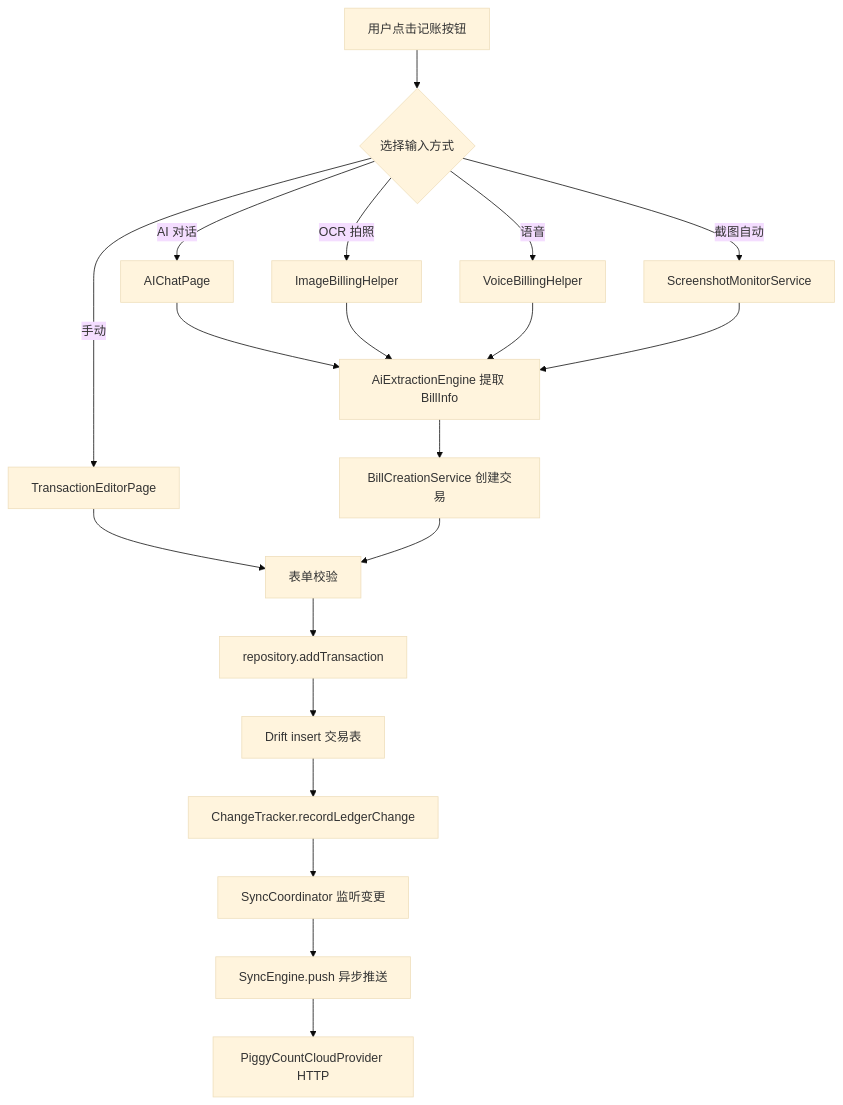
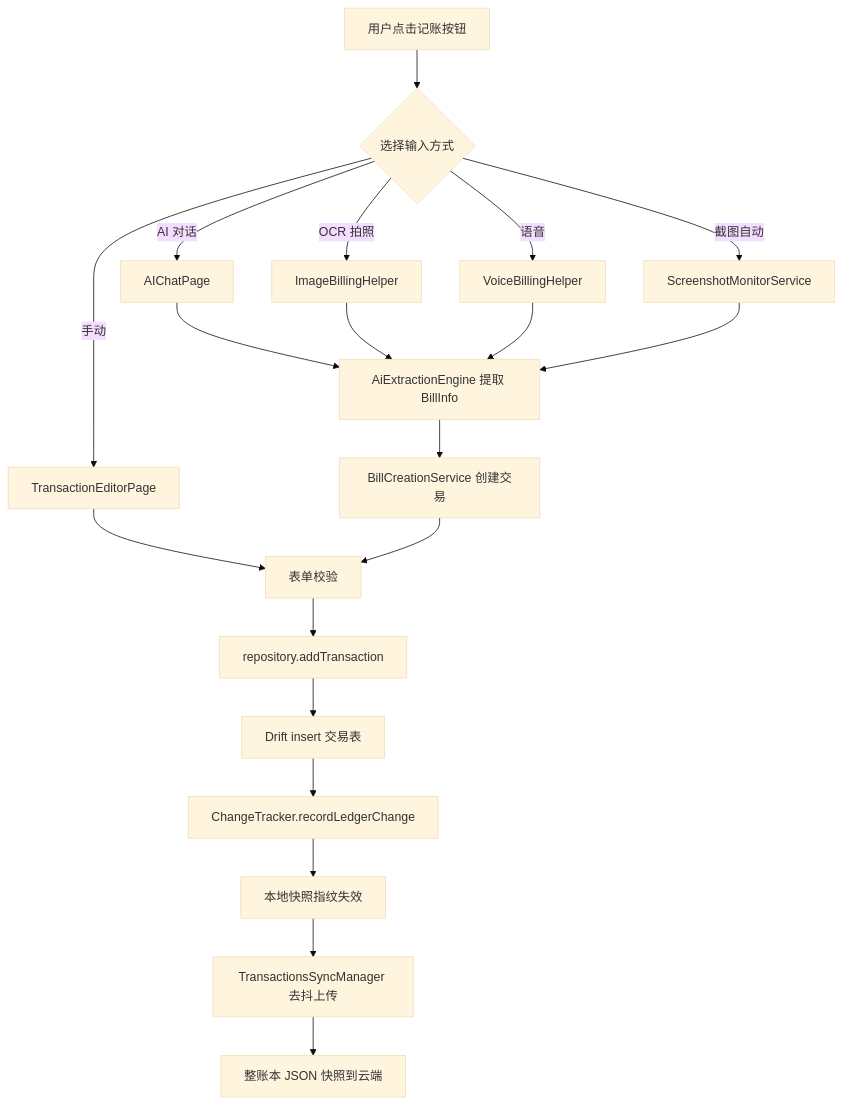
One commit to mecoren/PiggyCount changed the fourth of 5 diagrams in docoments/01-project-overview.md. Above: the diagram before and after it, drawn with Mermaid (base theme). The commit also changed other lines of this file and 19 other files, not shown here.

First line of the commit message:
docs: 工程文档与 known-issues 同步至 schema 58 / 快照同步（2026-10-17）

````diff
--- a/docoments/01-project-overview.md
+++ b/docoments/01-project-overview.md
@@ -237,22 +245,22 @@
 ```mermaid
 flowchart TD
     A[用户点击记账按钮] --> B{选择输入方式}
     B -->|手动| C[TransactionEditorPage]
     B -->|AI 对话| D[AIChatPage]
     B -->|OCR 拍照| E[ImageBillingHelper]
     B -->|语音| F[VoiceBillingHelper]
     B -->|截图自动| G[ScreenshotMonitorService]
     D --> H[AiExtractionEngine 提取 BillInfo]
     E --> H
     F --> H
     G --> H
     H --> I[BillCreationService 创建交易]
     C --> J[表单校验]
     I --> J
     J --> K[repository.addTransaction]
     K --> L[Drift insert 交易表]
     L --> M[ChangeTracker.recordLedgerChange]
-    M --> N[SyncCoordinator 监听变更]
-    N --> O[SyncEngine.push 异步推送]
-    O --> P[PiggyCountCloudProvider HTTP]
+    M --> N[本地快照指纹失效]
+    N --> O[TransactionsSyncManager 去抖上传]
+    O --> P[整账本 JSON 快照到云端]
 ```
````
